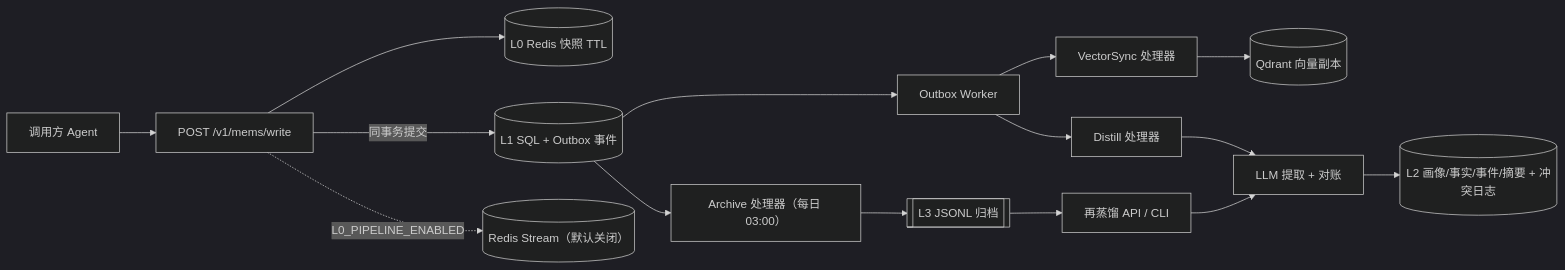
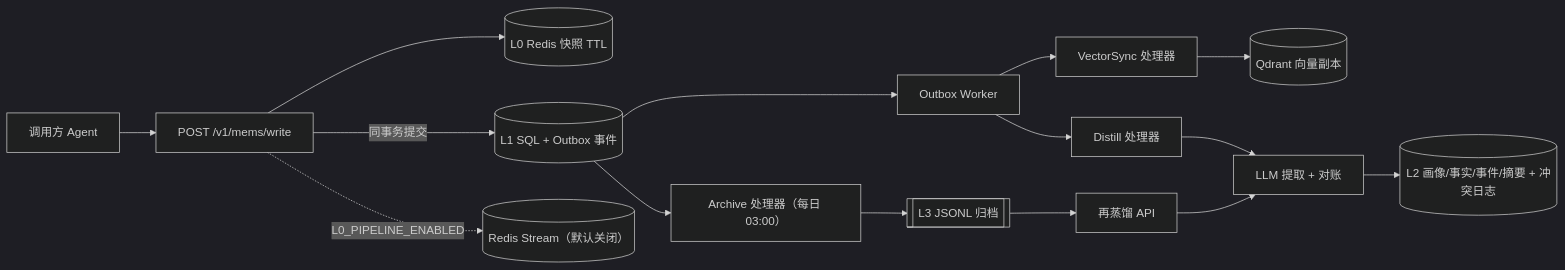
Before and after one commit to DingdongMatch/mems: the second of 6 diagrams in docs/src/zh/introduction/architecture.md, drawn with Mermaid (dark theme). The commit also changed other lines of this file and 69 other files, not shown here.

````diff
--- a/docs/src/zh/introduction/architecture.md
+++ b/docs/src/zh/introduction/architecture.md
@@ -106,32 +108,32 @@
 ```mermaid
 flowchart LR
     CALLER["调用方 Agent"]
     WAPI["POST /v1/mems/write"]
     L0[("L0 Redis 快照 TTL")]
     DB[(L1 SQL + Outbox 事件)]
     WORKER["Outbox Worker"]
     VEC["VectorSync 处理器"]
     QD[("Qdrant 向量副本")]
     DISTILL["Distill 处理器"]
     LLM["LLM 提取 + 对账"]
     L2[(L2 画像/事实/事件/摘要 + 冲突日志)]
     ARCHIVE["Archive 处理器（每日 03:00）"]
     L3[["L3 JSONL 归档"]]
-    RD["再蒸馏 API / CLI"]
+    RD["再蒸馏 API"]
     STREAM[("Redis Stream（默认关闭）")]
 
     CALLER --> WAPI
     WAPI --> L0
     WAPI -->|同事务提交| DB
     DB --> WORKER
     WORKER --> VEC
     VEC --> QD
     WORKER --> DISTILL
     DISTILL --> LLM
     LLM --> L2
     DB --> ARCHIVE
     ARCHIVE --> L3
     L3 --> RD
     RD --> LLM
     WAPI -.->|L0_PIPELINE_ENABLED| STREAM
 ```
````
